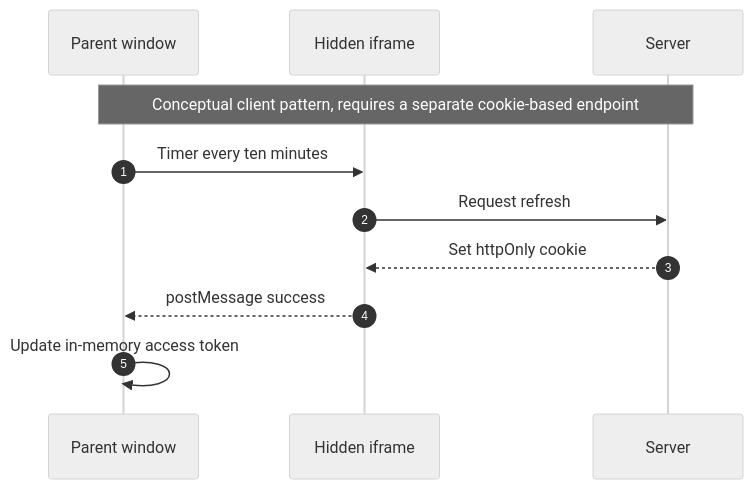
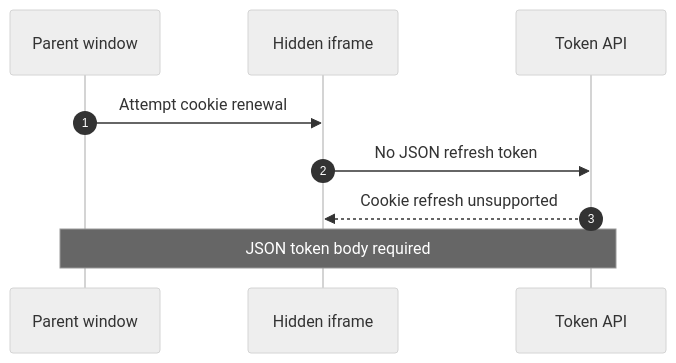
One commit to mhasabalah/StarterKit changed the third of 5 diagrams in wiki/Identity/jwt/TokenRefreshStrategies.md. Above: the diagram before and after it, drawn with Mermaid (neutral theme). The commit also changed other lines of this file and 7 other files, not shown here.

````diff
--- a/wiki/Identity/jwt/TokenRefreshStrategies.md
+++ b/wiki/Identity/jwt/TokenRefreshStrategies.md
@@ -331,13 +69,11 @@
 ```mermaid
 sequenceDiagram
   autonumber
   participant Parent as Parent window
   participant Iframe as Hidden iframe
-  participant Server
-  Note over Parent,Server: Conceptual client pattern, requires a separate cookie-based endpoint
-  Parent->>Iframe: Timer every ten minutes
-  Iframe->>Server: Request refresh
-  Server-->>Iframe: Set httpOnly cookie
-  Iframe-->>Parent: postMessage success
-  Parent->>Parent: Update in-memory access token
+  participant Server as Token API
+  Parent->>Iframe: Attempt cookie renewal
+  Iframe->>Server: No JSON refresh token
+  Server-->>Iframe: Cookie refresh unsupported
+  Note over Parent,Server: JSON token body required
 ```
````
